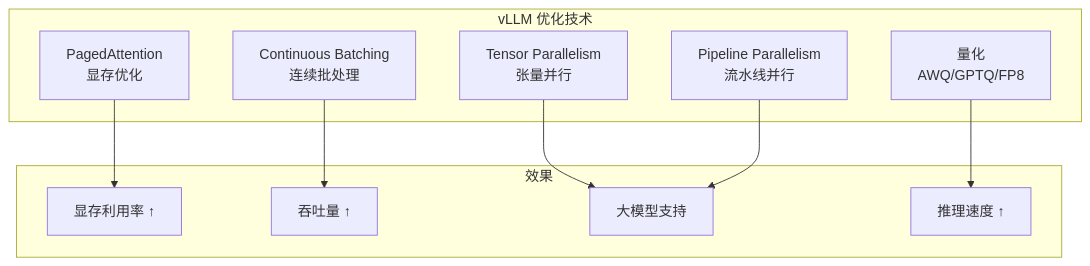
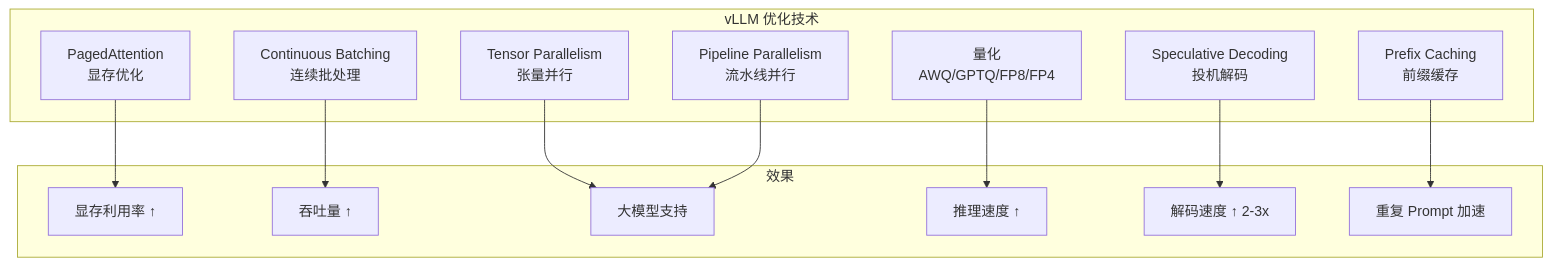
The ninth of 17 diagrams in 开发计划/服务设计/02-inference-service-design.md (hanwei808/ai-product-production-guide), drawn with Mermaid before and after one commit. The commit also changed other lines of this file and 6 other files, not shown here.

````diff
--- a/开发计划/服务设计/02-inference-service-design.md
+++ b/开发计划/服务设计/02-inference-service-design.md
@@ -380,18 +405,22 @@
 ```mermaid
 graph TD
     subgraph vLLM 优化技术
         PA[PagedAttention<br/>显存优化]
         CB[Continuous Batching<br/>连续批处理]
         TP[Tensor Parallelism<br/>张量并行]
         PP[Pipeline Parallelism<br/>流水线并行]
-        Quant[量化<br/>AWQ/GPTQ/FP8]
+        Quant[量化<br/>AWQ/GPTQ/FP8/FP4]
+        SD[Speculative Decoding<br/>投机解码]
+        PC[Prefix Caching<br/>前缀缓存]
     end
 
     subgraph 效果
         PA --> E1[显存利用率 ↑]
         CB --> E2[吞吐量 ↑]
         TP --> E3[大模型支持]
         PP --> E3
         Quant --> E4[推理速度 ↑]
+        SD --> E5[解码速度 ↑ 2-3x]
+        PC --> E6[重复 Prompt 加速]
     end
 ```
````
